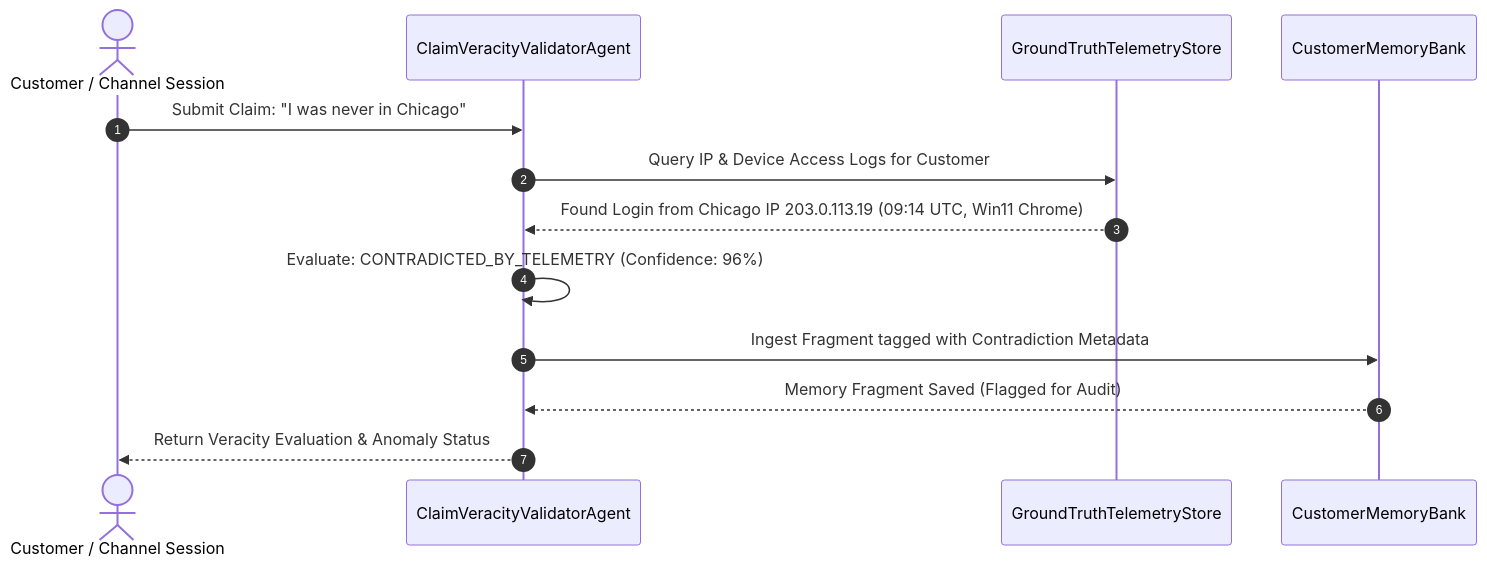
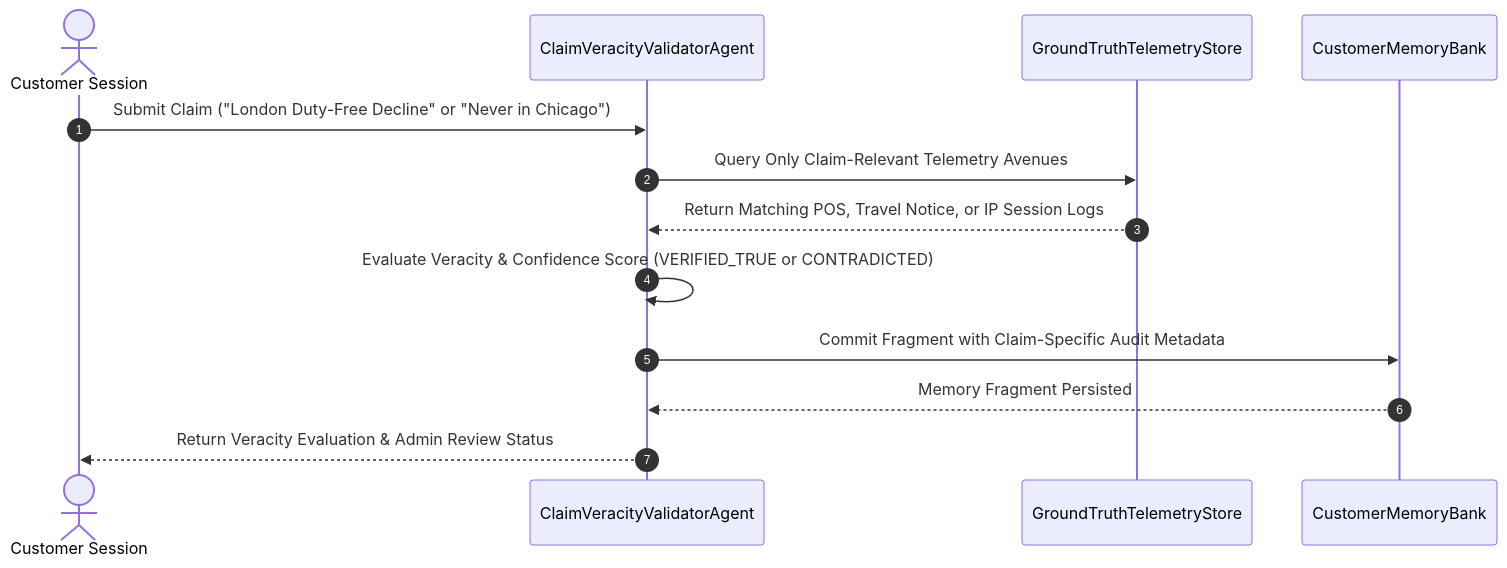
The third of 4 diagrams in README.md (vahuja4/jpmc-memory-bank-evals), drawn with Mermaid before and after one commit. The commit also changed other lines of this file and 21 other files, not shown here.

Commit message:
feat: Vertex AI Memory Bank, text-embedding-005 Knowledge Catalog, Custom vs ADK comparison, claim-relevant veracity audit, and Admin Card Oversight workflow

````diff
--- a/README.md
+++ b/README.md
@@ -117,16 +115,16 @@
 ```mermaid
 sequenceDiagram
     autonumber
-    actor Customer as Customer / Channel Session
+    actor Customer as Customer Session
     participant Validator as ClaimVeracityValidatorAgent
     participant Telemetry as GroundTruthTelemetryStore
     participant MemoryBank as CustomerMemoryBank
 
-    Customer->>Validator: Submit Claim: "I was never in Chicago"
-    Validator->>Telemetry: Query IP & Device Access Logs for Customer
-    Telemetry-->>Validator: Found Login from Chicago IP 203.0.113.19 (09:14 UTC, Win11 Chrome)
-    Validator->>Validator: Evaluate: CONTRADICTED_BY_TELEMETRY (Confidence: 96%)
-    Validator->>MemoryBank: Ingest Fragment tagged with Contradiction Metadata
-    MemoryBank-->>Validator: Memory Fragment Saved (Flagged for Audit)
-    Validator-->>Customer: Return Veracity Evaluation & Anomaly Status
+    Customer->>Validator: Submit Claim ("London Duty-Free Decline" or "Never in Chicago")
+    Validator->>Telemetry: Query Only Claim-Relevant Telemetry Avenues
+    Telemetry-->>Validator: Return Matching POS, Travel Notice, or IP Session Logs
+    Validator->>Validator: Evaluate Veracity & Confidence Score (VERIFIED_TRUE or CONTRADICTED)
+    Validator->>MemoryBank: Commit Fragment with Claim-Specific Audit Metadata
+    MemoryBank-->>Validator: Memory Fragment Persisted
+    Validator-->>Customer: Return Veracity Evaluation & Admin Review Status
 ```
````
